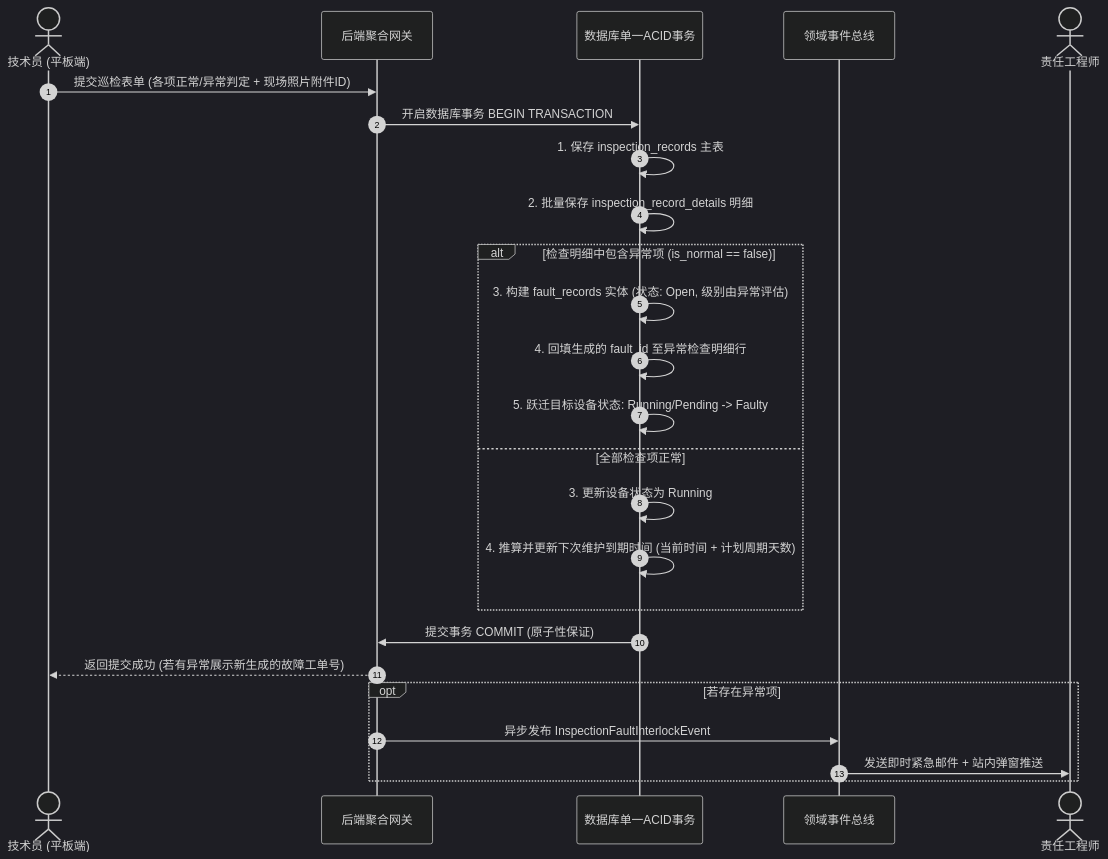
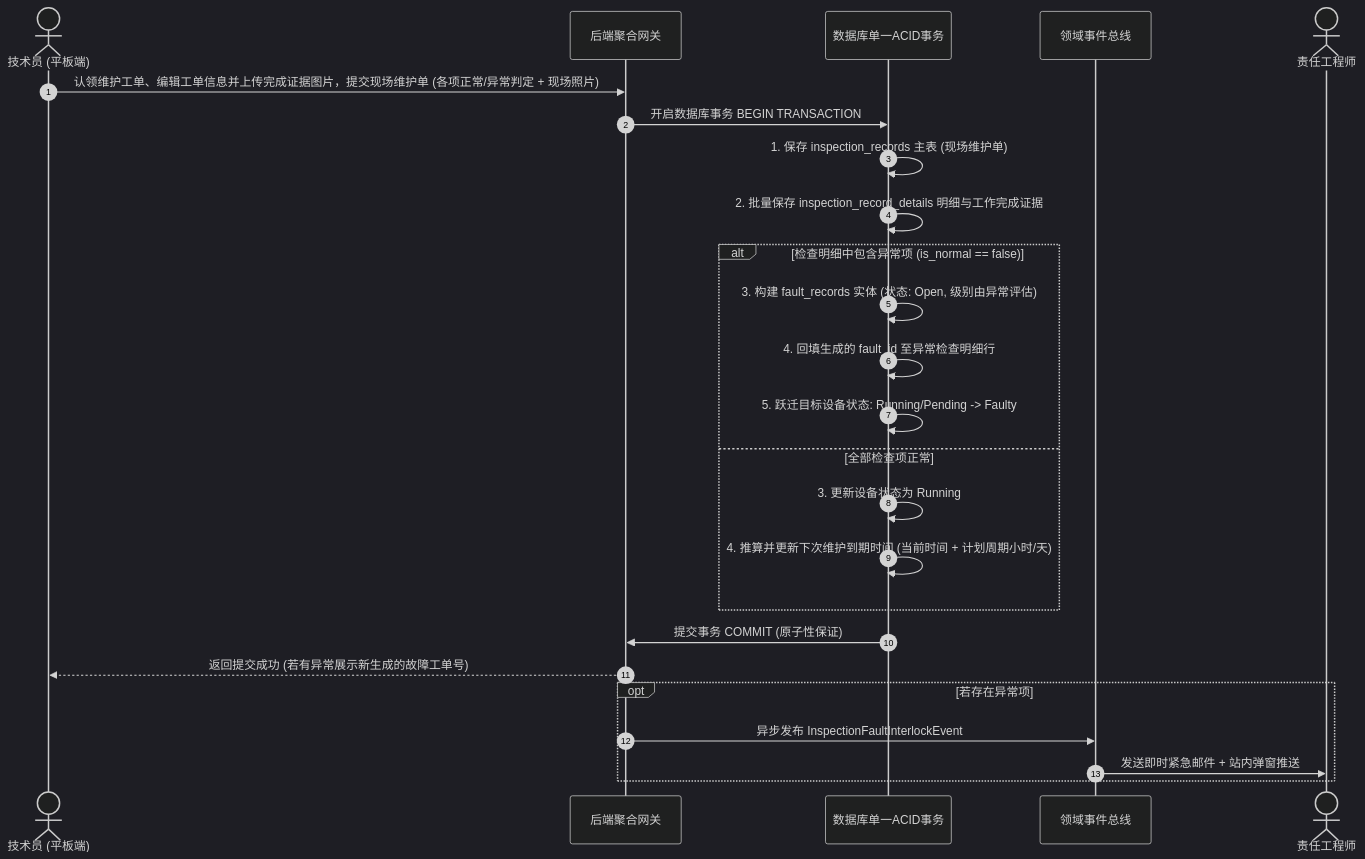
One commit to diandiandia/MaintainWise changed the fourth of 4 diagrams in docs/system_design_document.md. Above: the diagram before and after it, drawn with Mermaid (dark theme). The commit also changed other lines of this file and 5 other files, not shown here.

````diff
--- a/docs/system_design_document.md
+++ b/docs/system_design_document.md
@@ -154,29 +154,29 @@
 ```mermaid
 sequenceDiagram
     autonumber
     actor Tech as 技术员 (平板端)
     participant API as 后端聚合网关
     participant TX as 数据库单一ACID事务
     participant Event as 领域事件总线
     actor Eng as 责任工程师
     
-    Tech->>API: 提交巡检表单 (各项正常/异常判定 + 现场照片附件ID)
+    Tech->>API: 认领维护工单、编辑工单信息并上传完成证据图片，提交现场维护单 (各项正常/异常判定 + 现场照片)
     API->>TX: 开启数据库事务 BEGIN TRANSACTION
-    TX->>TX: 1. 保存 inspection_records 主表
-    TX->>TX: 2. 批量保存 inspection_record_details 明细
+    TX->>TX: 1. 保存 inspection_records 主表 (现场维护单)
+    TX->>TX: 2. 批量保存 inspection_record_details 明细与工作完成证据
     alt 检查明细中包含异常项 (is_normal == false)
         TX->>TX: 3. 构建 fault_records 实体 (状态: Open, 级别由异常评估)
         TX->>TX: 4. 回填生成的 fault_id 至异常检查明细行
         TX->>TX: 5. 跃迁目标设备状态: Running/Pending -> Faulty
     else 全部检查项正常
         TX->>TX: 3. 更新设备状态为 Running
-        TX->>TX: 4. 推算并更新下次维护到期时间 (当前时间 + 计划周期天数)
+        TX->>TX: 4. 推算并更新下次维护到期时间 (当前时间 + 计划周期小时/天)
     end
     TX->>API: 提交事务 COMMIT (原子性保证)
     API-->>Tech: 返回提交成功 (若有异常展示新生成的故障工单号)
     
     opt 若存在异常项
         API->>Event: 异步发布 InspectionFaultInterlockEvent
         Event->>Eng: 发送即时紧急邮件 + 站内弹窗推送
     end
 ```
````
